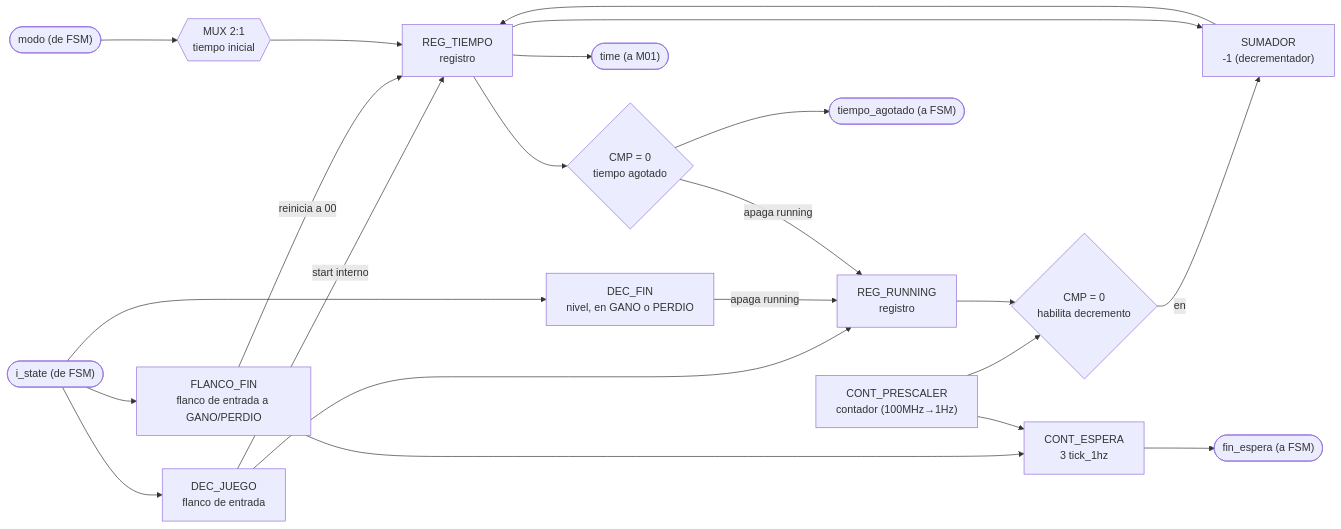
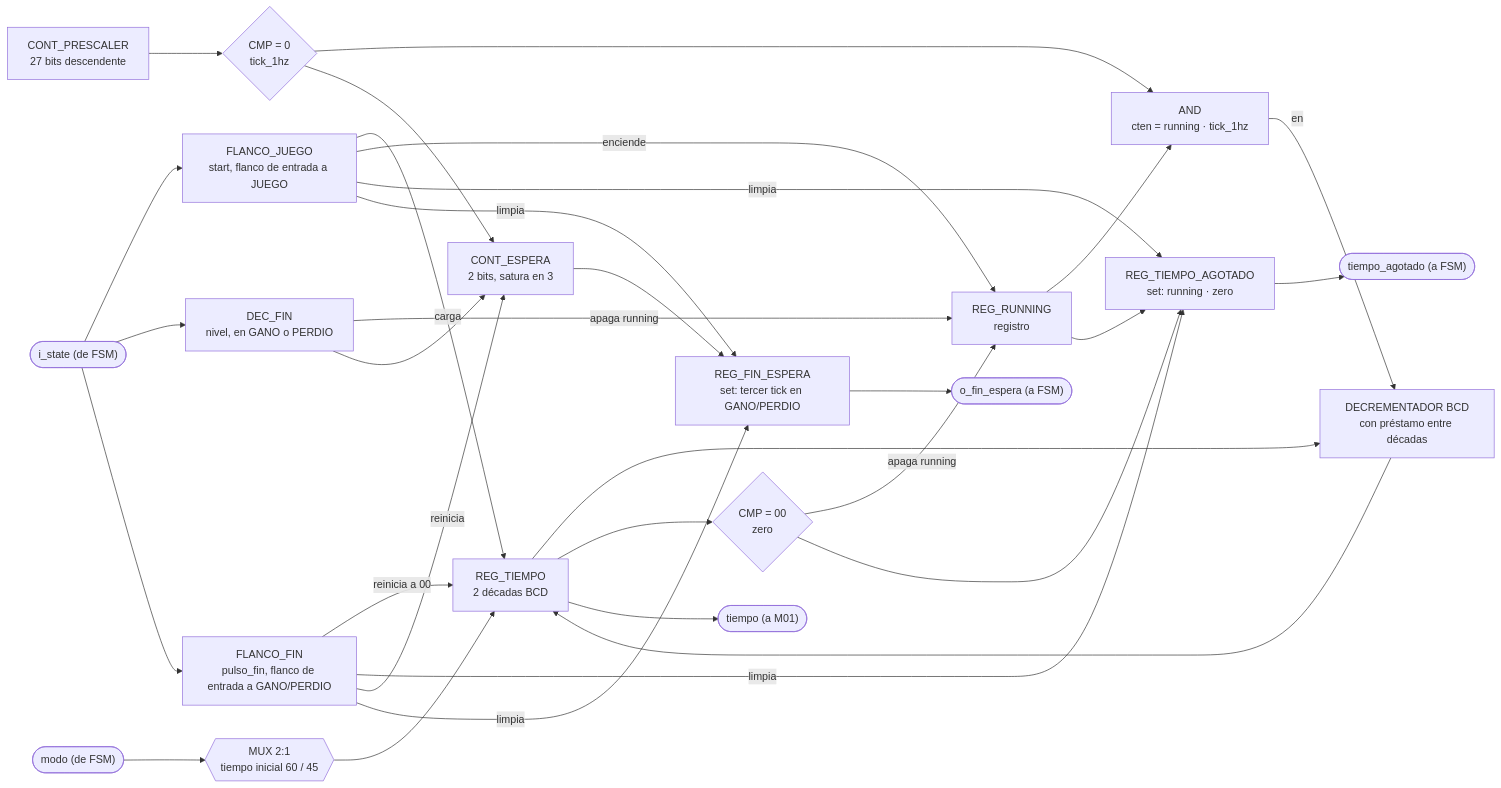
One commit to Taller-de-diseno-digital-GR01/Proyecto-2-Ahorcado changed the first of 2 diagrams in docs/diseño/modulos/M03_Temporizador.md. Above: the diagram before and after it, drawn with Mermaid. The commit also changed other lines of this file and 7 other files, not shown here.

````diff
--- a/docs/diseño/modulos/M03_Temporizador.md
+++ b/docs/diseño/modulos/M03_Temporizador.md
@@ -9,24 +9,33 @@
 ```mermaid
 flowchart LR
-    IN_STATE(["i_state (de FSM)"]) --> DECJ["DEC_JUEGO<br/>flanco de entrada"]
+    IN_STATE(["i_state (de FSM)"]) --> DECJ["FLANCO_JUEGO<br/>start, flanco de entrada a JUEGO"]
     IN_STATE --> DECFN["DEC_FIN<br/>nivel, en GANO o PERDIO"]
-    IN_STATE --> DECF["FLANCO_FIN<br/>flanco de entrada a GANO/PERDIO"]
-    DECJ -->|"start interno"| REG_T["REG_TIEMPO<br/>registro"]
-    DECJ --> REG_RUN["REG_RUNNING<br/>registro"]
+    IN_STATE --> DECF["FLANCO_FIN<br/>pulso_fin, flanco de entrada a GANO/PERDIO"]
+    DECJ -->|"carga"| REG_T["REG_TIEMPO<br/>2 décadas BCD"]
+    DECJ -->|"enciende"| REG_RUN["REG_RUNNING<br/>registro"]
     DECFN -->|"apaga running"| REG_RUN
     DECF -->|"reinicia a 00"| REG_T
-    IN_MODO(["modo (de FSM)"]) --> MUX1{{"MUX 2:1<br/>tiempo inicial"}}
+    IN_MODO(["modo (de FSM)"]) --> MUX1{{"MUX 2:1<br/>tiempo inicial 60 / 45"}}
     MUX1 --> REG_T
-    CNT_PRE["CONT_PRESCALER<br/>contador (100MHz→1Hz)"] --> CMP1{"CMP = 0<br/>habilita decremento"}
-    REG_RUN --> CMP1
-    CMP1 -->|en| SUB1["SUMADOR<br/>-1 (decrementador)"]
+    CNT_PRE["CONT_PRESCALER<br/>27 bits descendente"] --> CMP0{"CMP = 0<br/>tick_1hz"}
+    CMP0 --> AND_EN["AND<br/>cten = running · tick_1hz"]
+    REG_RUN --> AND_EN
+    AND_EN -->|en| SUB1["DECREMENTADOR BCD<br/>con préstamo entre décadas"]
     REG_T --> SUB1
     SUB1 --> REG_T
-    REG_T --> CMP2{"CMP = 0<br/>tiempo agotado"}
-    CMP2 --> OUT_FIN(["tiempo_agotado (a FSM)"])
+    REG_T --> CMP2{"CMP = 00<br/>zero"}
     CMP2 -->|"apaga running"| REG_RUN
-    REG_T --> OUT_TIME(["time (a M01)"])
-    DECF --> CNT_ESPERA["CONT_ESPERA<br/>3 tick_1hz"]
-    CNT_PRE --> CNT_ESPERA
-    CNT_ESPERA --> OUT_ESPERA(["fin_espera (a FSM)"])
+    CMP2 --> REG_TA["REG_TIEMPO_AGOTADO<br/>set: running · zero"]
+    REG_RUN --> REG_TA
+    DECJ -->|"limpia"| REG_TA
+    DECF -->|"limpia"| REG_TA
+    REG_TA --> OUT_FIN(["tiempo_agotado (a FSM)"])
+    REG_T --> OUT_TIME(["tiempo (a M01)"])
+    DECF -->|"reinicia"| CNT_ESPERA["CONT_ESPERA<br/>2 bits, satura en 3"]
+    DECFN --> CNT_ESPERA
+    CMP0 --> CNT_ESPERA
+    CNT_ESPERA --> REG_FE["REG_FIN_ESPERA<br/>set: tercer tick en GANO/PERDIO"]
+    DECJ -->|"limpia"| REG_FE
+    DECF -->|"limpia"| REG_FE
+    REG_FE --> OUT_ESPERA(["o_fin_espera (a FSM)"])
 ```
````
